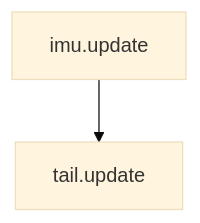
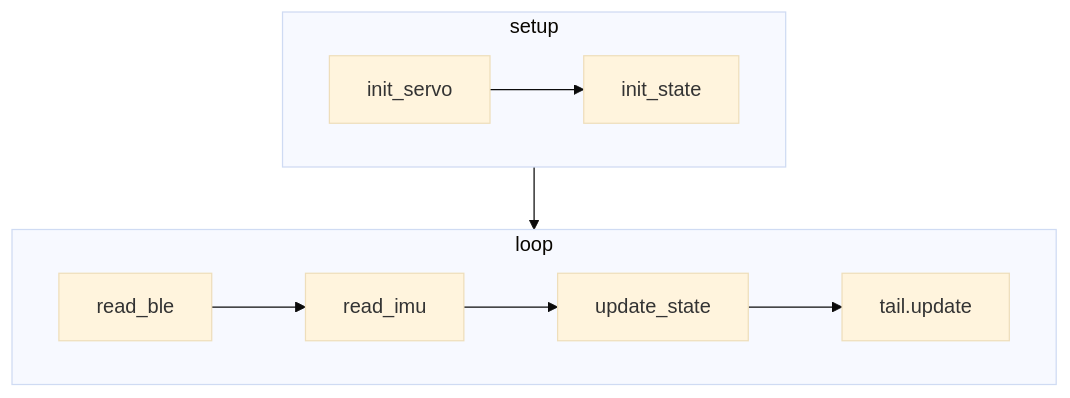
The diagram in README.md (botamochi6277/tail-controller), drawn with Mermaid (base theme) before and after one commit. The commit also changed other lines of this file and 5 other files, not shown here.

````diff
--- a/README.md
+++ b/README.md
@@ -11,6 +7,20 @@
 ```mermaid
 graph TD
 
-imu.update-->tail.update
+subgraph setup
+
+init_servo-->init_state
+
+
+end
+
+subgraph loop
+
+read_ble-->read_imu-->update_state-->tail.update
+
+end
+
+setup-->loop
+
 
 ```
````
